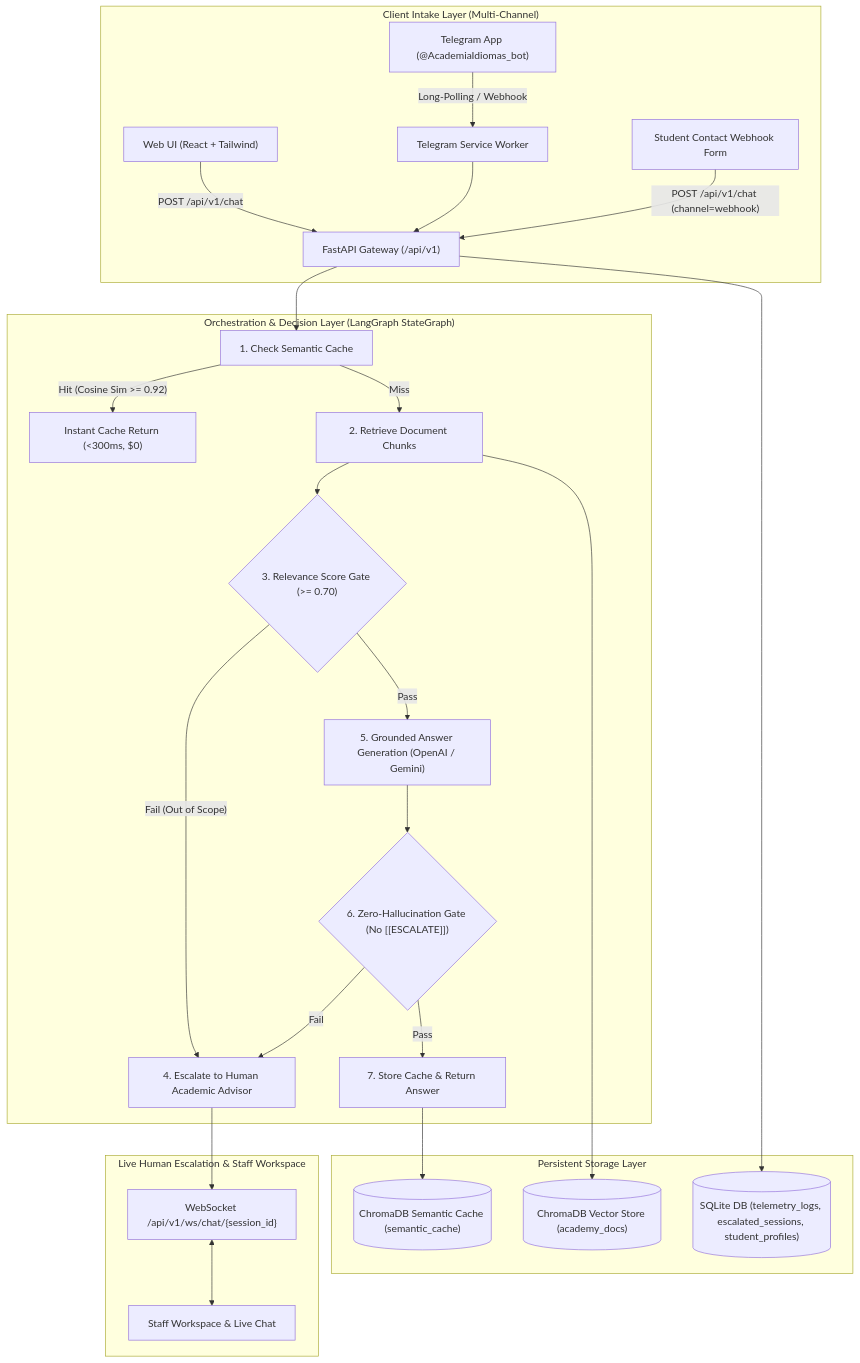
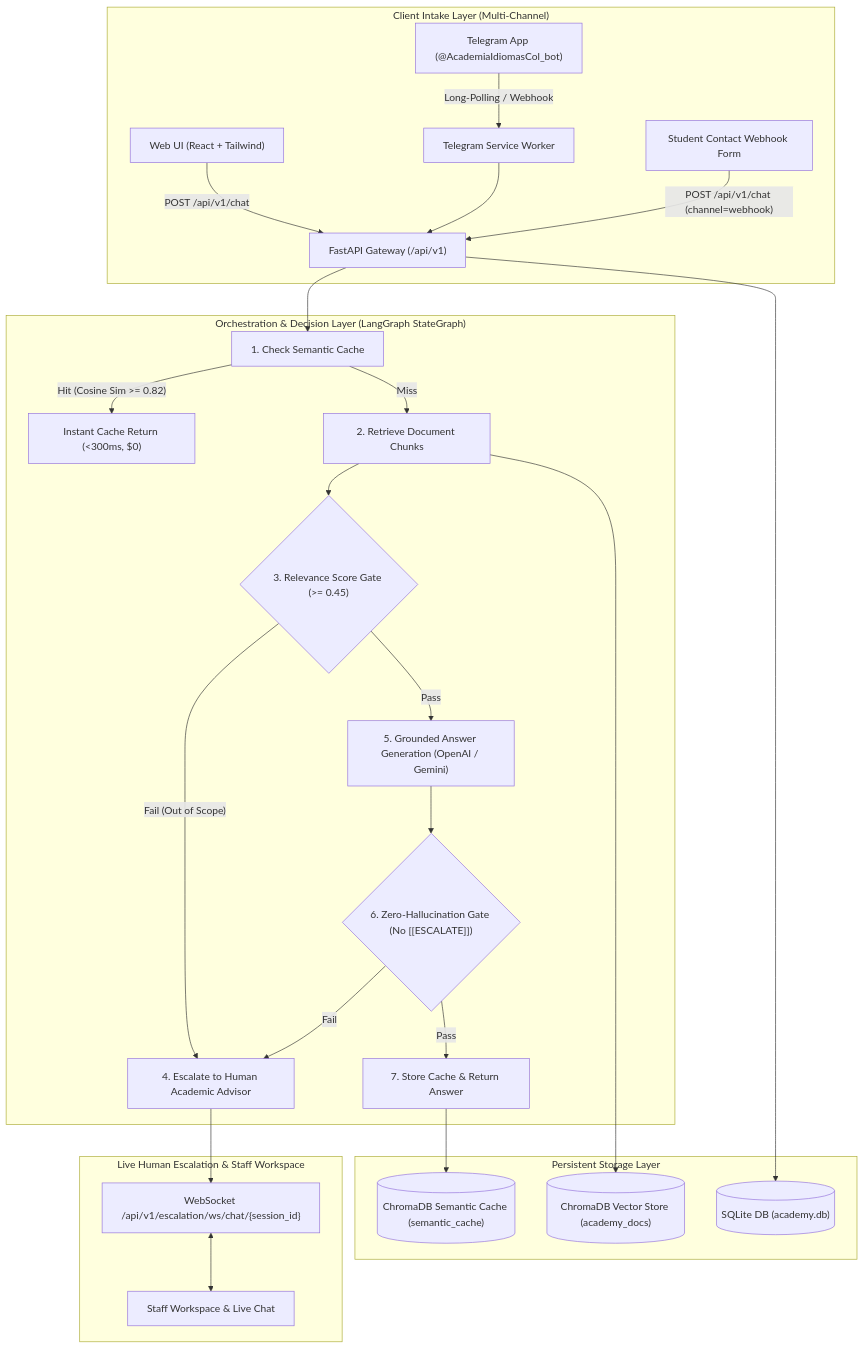
The diagram in README.md (danieldev-761/prueba_desempenio_ai_daniel_e), drawn with Mermaid before and after one commit. The commit also changed other lines of this file, not shown here.

Commit message:
docs: update readme with complete architecture, docker orchestration and local test execution instructions

````diff
--- a/README.md
+++ b/README.md
@@ -16,32 +16,32 @@
 ```mermaid
 graph TD
     subgraph "Client Intake Layer (Multi-Channel)"
         WebClient["Web UI (React + Tailwind)"] -->|"POST /api/v1/chat"| FastAPIGateway
-        TelegramClient["Telegram App (@AcademiaIdiomas_bot)"] -->|"Long-Polling / Webhook"| TelegramWorker["Telegram Service Worker"]
+        TelegramClient["Telegram App (@AcademiaIdiomasCol_bot)"] -->|"Long-Polling / Webhook"| TelegramWorker["Telegram Service Worker"]
         TelegramWorker --> FastAPIGateway["FastAPI Gateway (/api/v1)"]
         WebhookClient["Student Contact Webhook Form"] -->|"POST /api/v1/chat (channel=webhook)"| FastAPIGateway
     end
 
     subgraph "Orchestration & Decision Layer (LangGraph StateGraph)"
         FastAPIGateway --> CheckCache["1. Check Semantic Cache"]
-        CheckCache -->|"Hit (Cosine Sim >= 0.92)"| ReturnCache["Instant Cache Return (<300ms, $0)"]
+        CheckCache -->|"Hit (Cosine Sim >= 0.82)"| ReturnCache["Instant Cache Return (<300ms, $0)"]
         CheckCache -->|"Miss"| Retrieve["2. Retrieve Document Chunks"]
-        Retrieve --> RelevanceGate{"3. Relevance Score Gate (>= 0.70)"}
+        Retrieve --> RelevanceGate{"3. Relevance Score Gate (>= 0.45)"}
         RelevanceGate -->|"Fail (Out of Scope)"| Escalate["4. Escalate to Human Academic Advisor"]
         RelevanceGate -->|"Pass"| Generate["5. Grounded Answer Generation (OpenAI / Gemini)"]
         Generate --> GroundingGate{"6. Zero-Hallucination Gate (No [[ESCALATE]])"}
         GroundingGate -->|"Fail"| Escalate
         GroundingGate -->|"Pass"| Finalize["7. Store Cache & Return Answer"]
     end
 
     subgraph "Live Human Escalation & Staff Workspace"
-        Escalate --> LiveChatWS["WebSocket /api/v1/ws/chat/{session_id}"]
+        Escalate --> LiveChatWS["WebSocket /api/v1/escalation/ws/chat/{session_id}"]
         LiveChatWS <--> AdminPortal["Staff Workspace & Live Chat"]
     end
 
     subgraph "Persistent Storage Layer"
         Retrieve --> ChromaDB[("ChromaDB Vector Store (academy_docs)")]
         Finalize --> ChromaCache[("ChromaDB Semantic Cache (semantic_cache)")]
-        FastAPIGateway --> SQLite[("SQLite DB (telemetry_logs, escalated_sessions, student_profiles)")]
+        FastAPIGateway --> SQLite[("SQLite DB (academy.db)")]
     end
 ```
````
